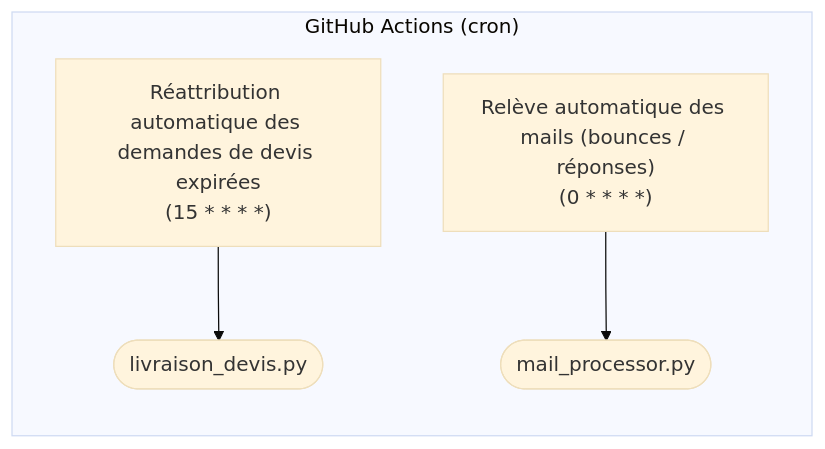
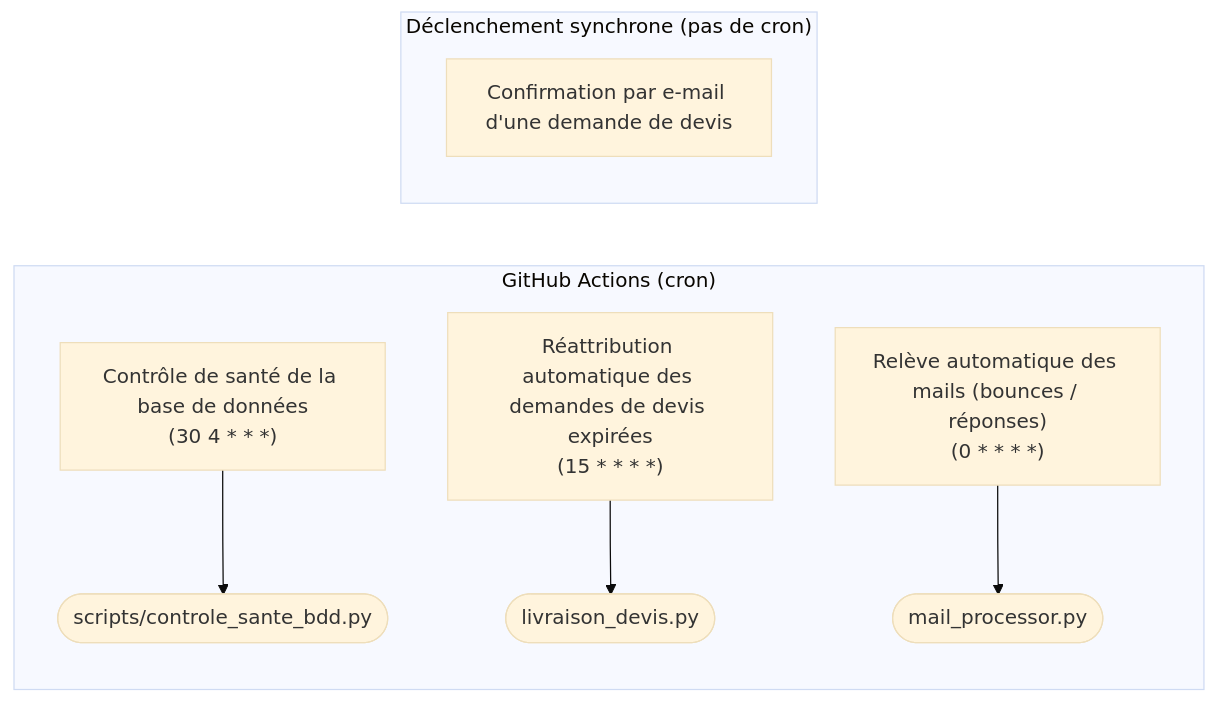
The second of 3 diagrams in docs/architecture_globale.md (contactmonagenceiapro-sudo/leads-creator), drawn with Mermaid (base theme) before and after one commit. The commit also changed other lines of this file and 9 other files, not shown here.

First line of the commit message:
feat: ajoute la surveillance continue de la base (sante_base_donnees)

````diff
--- a/docs/architecture_globale.md
+++ b/docs/architecture_globale.md
@@ -343,7 +351,11 @@
 ```mermaid
 flowchart LR
     subgraph CRON["GitHub Actions (cron)"]
+        controle_sante_bdd_yml["Contrôle de santé de la base de données<br/>(30 4 * * *)"] --> controle_sante_bdd_yml_script(["scripts/controle_sante_bdd.py"])
         livraison_devis_yml["Réattribution automatique des demandes de devis expirées<br/>(15 * * * *)"] --> livraison_devis_yml_script(["livraison_devis.py"])
         mail_check_yml["Relève automatique des mails (bounces / réponses)<br/>(0 * * * *)"] --> mail_check_yml_script(["mail_processor.py"])
     end
+    subgraph SYNC["Déclenchement synchrone (pas de cron)"]
+        sync_0["Confirmation par e-mail d'une demande de devis"]
+    end
 ```
````
